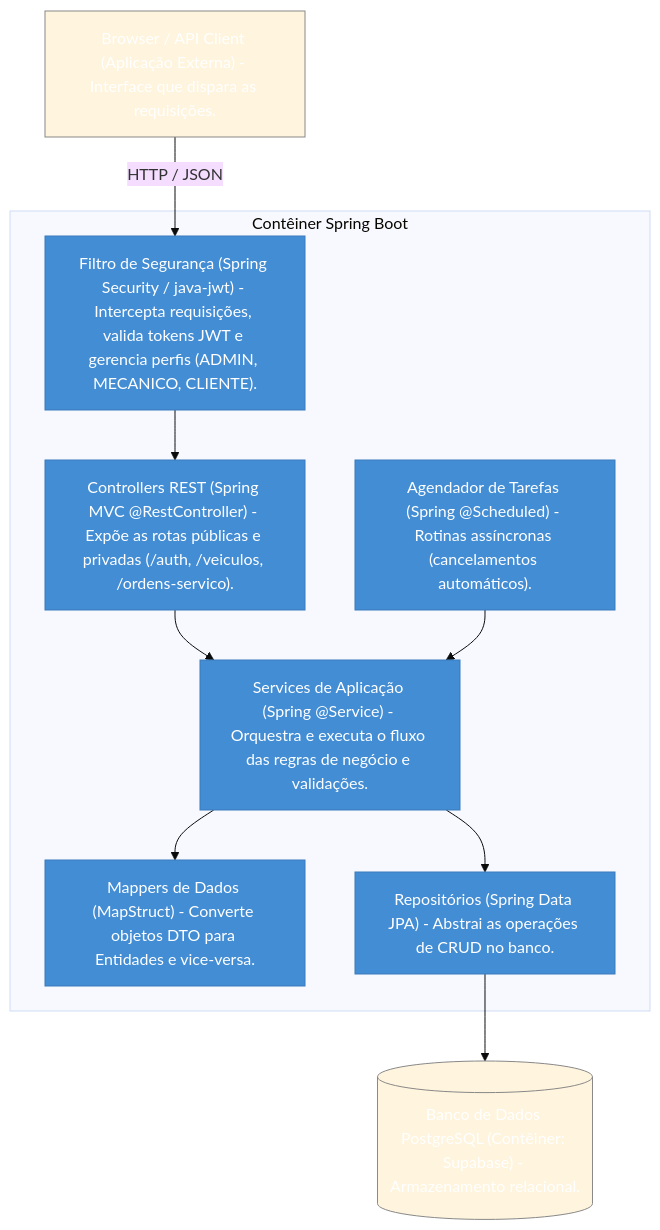
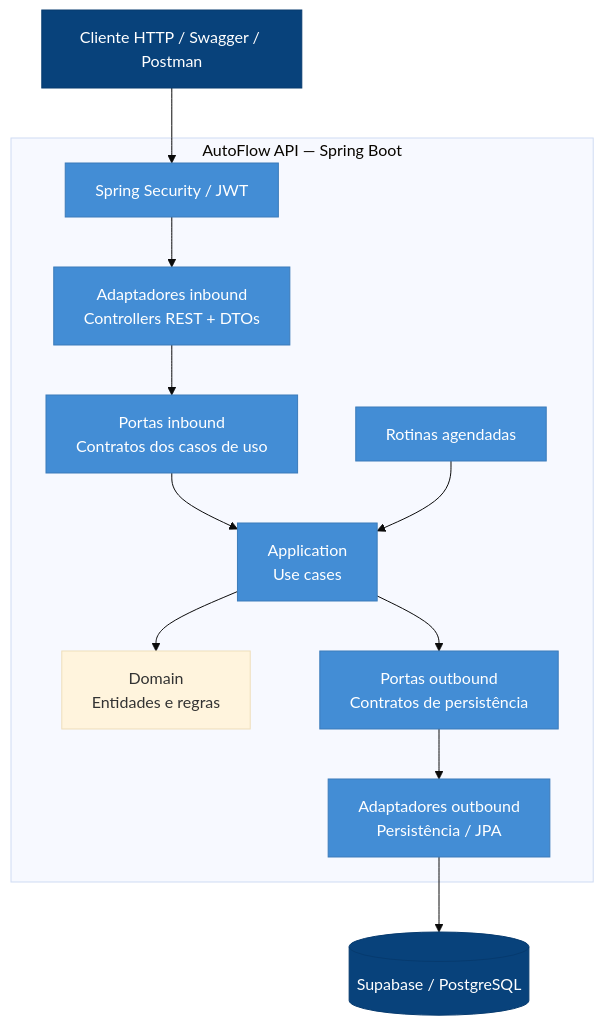
One commit to thallencar/autoflow changed the third of 7 diagrams in docs/ARCHITECTURE.md. Above: the diagram before and after it, drawn with Mermaid (base theme). The commit also changed other lines of this file and 4 other files, not shown here.

````diff
--- a/docs/ARCHITECTURE.md
+++ b/docs/ARCHITECTURE.md
@@ -162,27 +195,26 @@
 ```mermaid
-graph TD
-    client["Browser / API Client (Aplicação Externa) - Interface que dispara as requisições."]
-    db_ext[("Banco de Dados PostgreSQL (Contêiner: Supabase) - Armazenamento relacional.")]
+flowchart TB
+    CLIENT["Cliente HTTP / Swagger / Postman"]
+    DB[("Supabase / PostgreSQL")]
 
-    subgraph Autoflow API [Contêiner Spring Boot]
-        security["Filtro de Segurança (Spring Security / java-jwt) - Intercepta requisições, valida tokens JWT e gerencia perfis (ADMIN, MECANICO, CLIENTE)."]
-        controllers["Controllers REST (Spring MVC @RestController) - Expõe as rotas públicas e privadas (/auth, /veiculos, /ordens-servico)."]
-        services["Services de Aplicação (Spring @Service) - Orquestra e executa o fluxo das regras de negócio e validações."]
-        scheduler["Agendador de Tarefas (Spring @Scheduled) - Rotinas assíncronas (cancelamentos automáticos)."]
-        mappers["Mappers de Dados (MapStruct) - Converte objetos DTO para Entidades e vice-versa."]
-        repos["Repositórios (Spring Data JPA) - Abstrai as operações de CRUD no banco."]
+    subgraph API["AutoFlow API — Spring Boot"]
+        SEC["Spring Security / JWT"]
+        CTRL["Adaptadores inbound<br/>Controllers REST + DTOs"]
+        PIN["Portas inbound<br/>Contratos dos casos de uso"]
+        UC["Application<br/>Use cases"]
+        DOMAIN["Domain<br/>Entidades e regras"]
+        POUT["Portas outbound<br/>Contratos de persistência"]
+        ADAPT["Adaptadores outbound<br/>Persistência / JPA"]
+        JOBS["Rotinas agendadas"]
     end
 
-    client -->|HTTP / JSON| security
-    security --> controllers
-    controllers --> services
-    scheduler --> services
-    services --> mappers
-    services --> repos
-    repos --> db_ext
+    CLIENT --> SEC --> CTRL --> PIN --> UC
+    JOBS --> UC
+    UC --> DOMAIN
+    UC --> POUT --> ADAPT --> DB
 
-    classDef ext fill:#,stroke:#888888,color:#fff;
+    classDef ext fill:#08427b,stroke:#073b6f,color:#fff;
     classDef comp fill:#438dd5,stroke:#3b7bba,color:#fff;
-    class client,db_ext ext;
-    class security,controllers,services,scheduler,mappers,repos comp;
+    class CLIENT,DB ext;
+    class SEC,CTRL,PIN,UC,JOBS,POUT,ADAPT comp;
 ```
````
